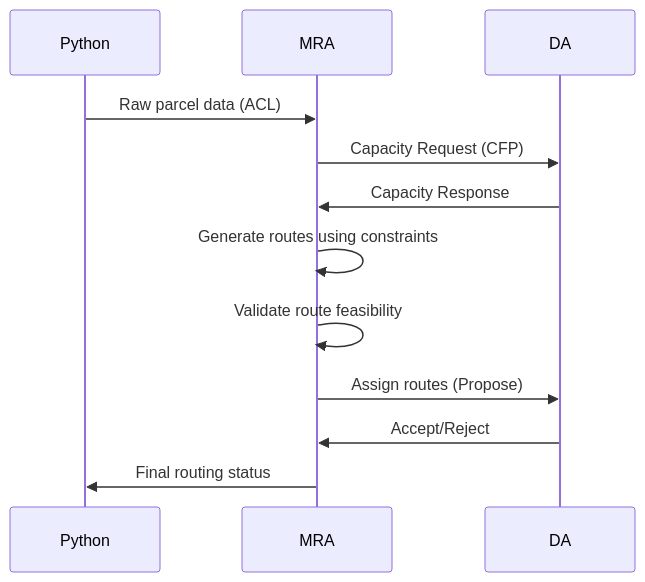
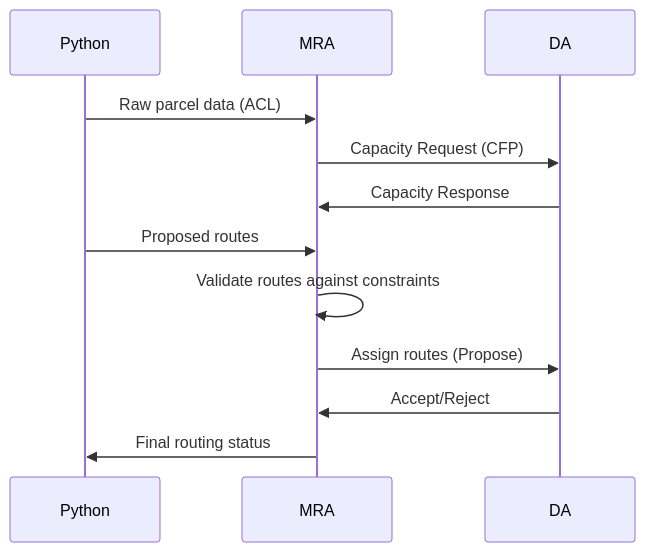
One commit to darklorddad/Swinburne_COS30018_IS_Delivery_Vehicle_Routing_System changed the diagram in .github/ISSUE_TEMPLATE/mra-enhancements.md. Above: the diagram before and after it, drawn with Mermaid. The commit also changed other lines of this file, not shown here.

Commit message:
docs: update MRA enhancements to keep Python route generation

````diff
--- a/.github/ISSUE_TEMPLATE/mra-enhancements.md
+++ b/.github/ISSUE_TEMPLATE/mra-enhancements.md
@@ -42,14 +42,14 @@
 ```mermaid
 sequenceDiagram
     participant Python
     participant MRA
     participant DA
     Python->>MRA: Raw parcel data (ACL)
     MRA->>DA: Capacity Request (CFP)
     DA->>MRA: Capacity Response
-    MRA->>MRA: Generate routes using constraints
-    MRA->>MRA: Validate route feasibility
+    Python->>MRA: Proposed routes 
+    MRA->>MRA: Validate routes against constraints
     MRA->>DA: Assign routes (Propose)
     DA->>MRA: Accept/Reject
     MRA->>Python: Final routing status
 ```
````
